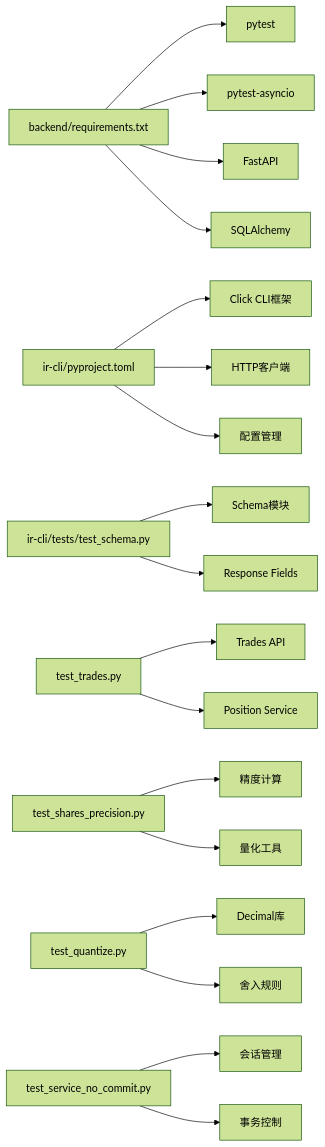
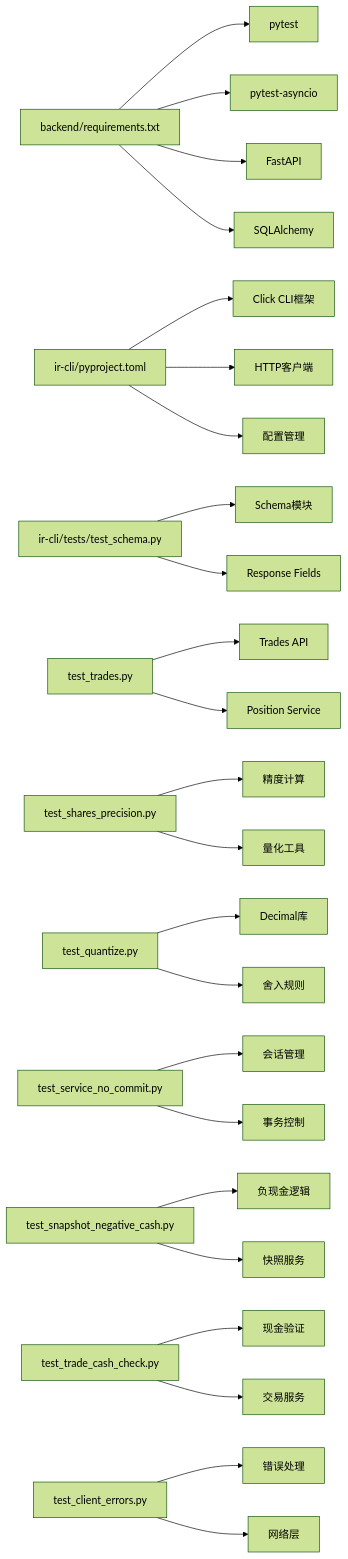
Diagram 22 of 22 in .qoder/repowiki/zh/content/开发指南/测试策略/测试策略.md (gujialind/InvestRing), drawn with Mermaid (forest theme) before and after one commit. The commit also changed other lines of this file and 15 other files, not shown here.

````diff
--- a/.qoder/repowiki/zh/content/开发指南/测试策略/测试策略.md
+++ b/.qoder/repowiki/zh/content/开发指南/测试策略/测试策略.md
@@ -963,20 +1140,26 @@
 ```mermaid
 graph LR
 BReq["backend/requirements.txt"] --> Py["pytest"]
 BReq --> PyA["pytest-asyncio"]
 BReq --> FA["FastAPI"]
 BReq --> SA["SQLAlchemy"]
 CLIReq["ir-cli/pyproject.toml"] --> Click["Click CLI框架"]
 CLIReq --> HTTP["HTTP客户端"]
 CLIReq --> Config["配置管理"]
 SchemaReq["ir-cli/tests/test_schema.py"] --> SchemaMod["Schema模块"]
 SchemaReq --> RF["Response Fields"]
 TradesReq["test_trades.py"] --> TradesAPI["Trades API"]
 TradesReq --> PositionSvc["Position Service"]
 PrecisionReq["test_shares_precision.py"] --> PrecisionCalc["精度计算"]
 PrecisionReq --> QuantizeUtil["量化工具"]
 QuantizeReq["test_quantize.py"] --> DecimalLib["Decimal库"]
 QuantizeReq --> RoundRules["舍入规则"]
 NoCommitReq["test_service_no_commit.py"] --> SessionMgr["会话管理"]
 NoCommitReq --> TransactionCtrl["事务控制"]
+NegCashReq["test_snapshot_negative_cash.py"] --> NegCashLogic["负现金逻辑"]
+NegCashReq --> SnapshotSvc["快照服务"]
+CashCheckReq["test_trade_cash_check.py"] --> CashValidation["现金验证"]
+CashCheckReq --> TradeSvc["交易服务"]
+ErrHandleReq["test_client_errors.py"] --> ErrorHandling["错误处理"]
+ErrHandleReq --> NetworkLayer["网络层"]
 ```
````
